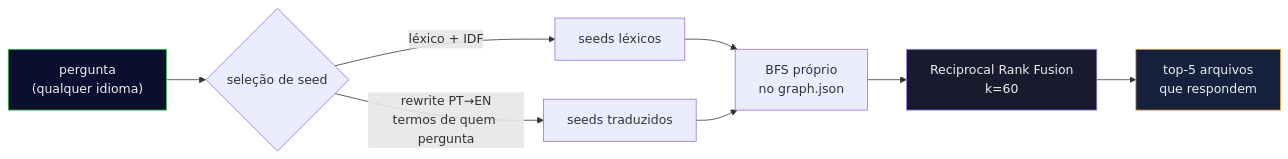
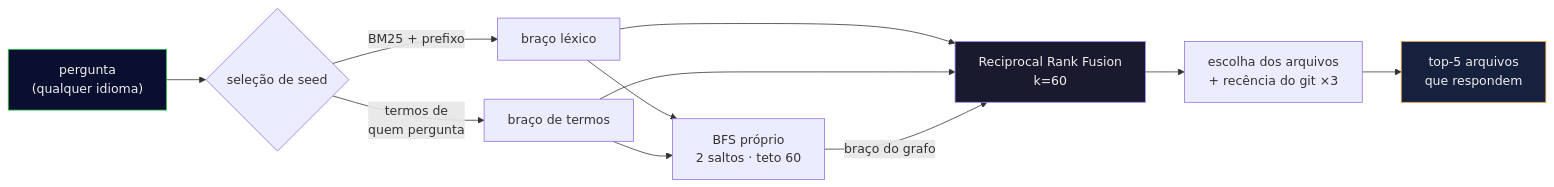
One commit to kamusmg/cerebro-engine changed the diagram in README.md. Above: the diagram before and after it, drawn with Mermaid. The commit also changed other lines of this file and 3 other files, not shown here.

````diff
--- a/README.md
+++ b/README.md
@@ -338,13 +56,16 @@
 ```mermaid
 flowchart LR
     Q["pergunta<br/>(qualquer idioma)"] --> S{seleção de seed}
-    S -->|léxico + IDF| A[seeds léxicos]
-    S -->|rewrite PT→EN<br/>termos de quem pergunta| B[seeds traduzidos]
-    A --> BFS[BFS próprio<br/>no graph.json]
+    S -->|BM25 + prefixo| A[braço léxico]
+    S -->|termos de<br/>quem pergunta| B[braço de termos]
+    A --> BFS["BFS próprio<br/>2 saltos · teto 60"]
     B --> BFS
-    BFS --> RRF["Reciprocal Rank Fusion<br/>k=60"]
-    RRF --> C[top-5 arquivos<br/>que respondem]
+    A --> RRF
+    B --> RRF
+    BFS -->|braço do grafo| RRF["Reciprocal Rank Fusion<br/>k=60"]
+    RRF --> F["escolha dos arquivos<br/>+ recência do git ×3"]
+    F --> C["top-5 arquivos<br/>que respondem"]
     style Q fill:#0a0f30,stroke:#39d353,color:#eee
     style C fill:#16213e,stroke:#f0a13a,color:#eee
     style RRF fill:#1a1a2e,stroke:#9d8cff,color:#eee
 ```
````
